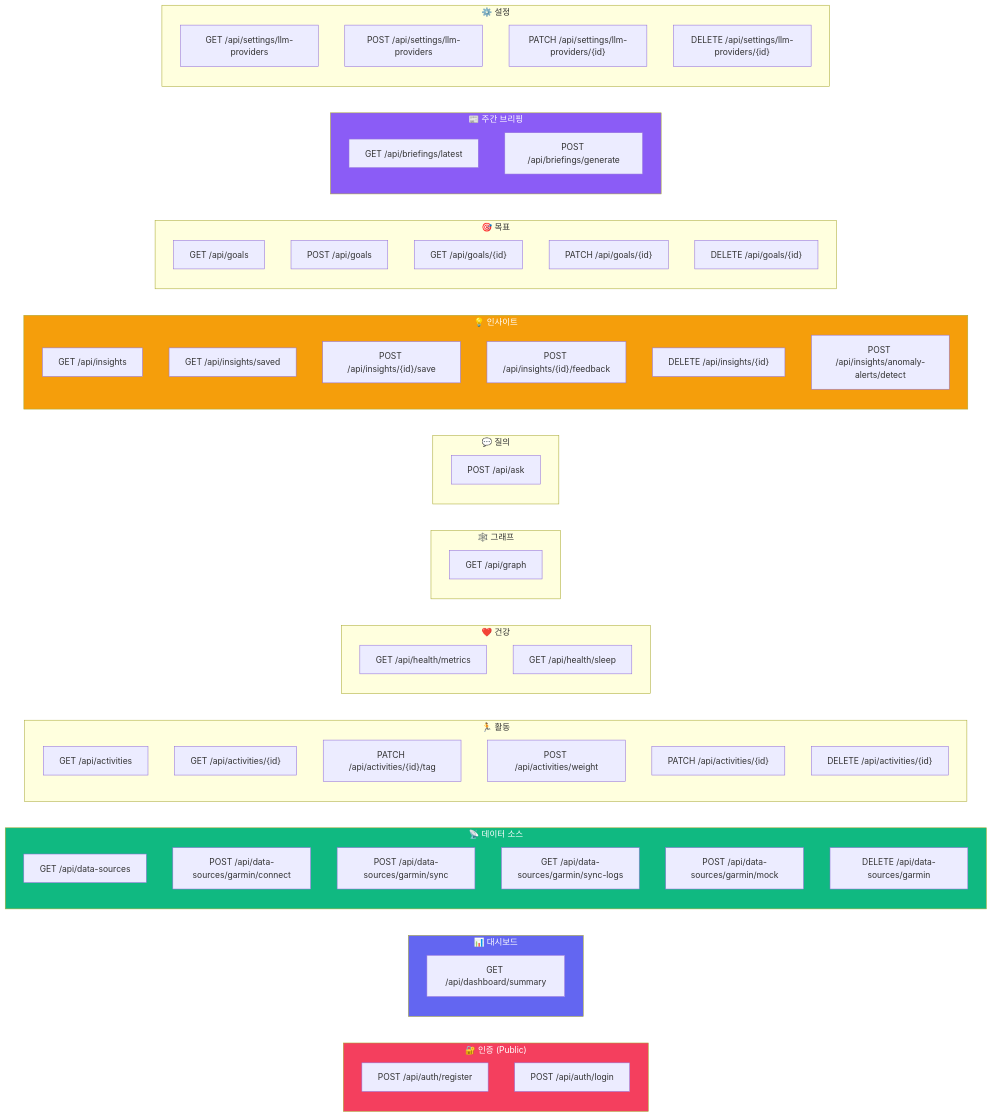
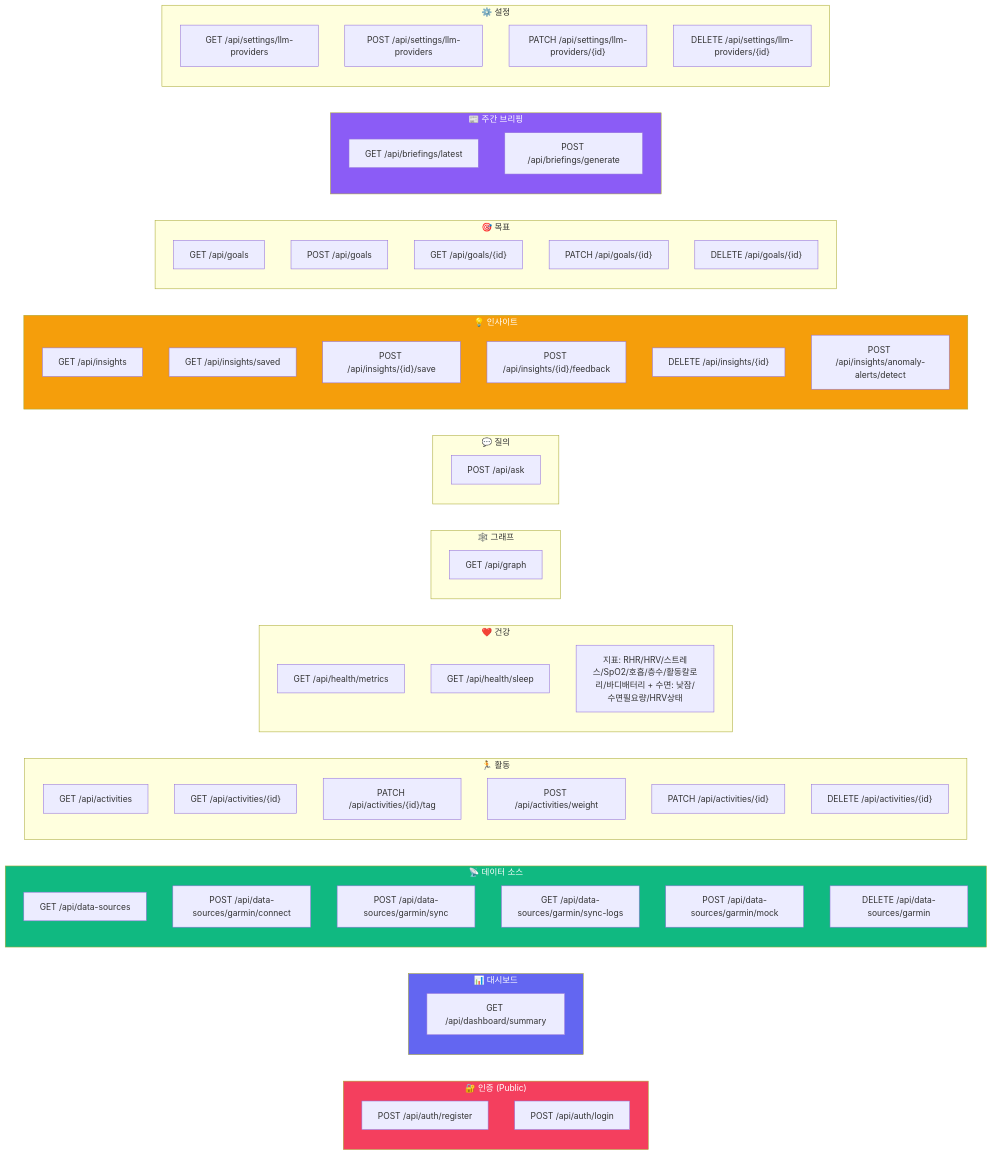
The diagram in docs/api-specification.md (Hsooooo/personal-insight-os), drawn with Mermaid before and after one commit. The commit also changed other lines of this file and 17 other files, not shown here.

````diff
--- a/docs/api-specification.md
+++ b/docs/api-specification.md
@@ -19,77 +19,78 @@
 ```mermaid
 flowchart LR
     subgraph 인증["🔐 인증 (Public)"]
         A1["POST /api/auth/register"]
         A2["POST /api/auth/login"]
     end
 
     subgraph 대시보드["📊 대시보드"]
         B1["GET /api/dashboard/summary"]
     end
 
     subgraph 데이터소스["📡 데이터 소스"]
         C1["GET /api/data-sources"]
         C2["POST /api/data-sources/garmin/connect"]
         C3["POST /api/data-sources/garmin/sync"]
         C4["GET /api/data-sources/garmin/sync-logs"]
         C5["POST /api/data-sources/garmin/mock"]
         C6["DELETE /api/data-sources/garmin"]
     end
 
     subgraph 활동["🏃 활동"]
         D1["GET /api/activities"]
         D2["GET /api/activities/{id}"]
         D3["PATCH /api/activities/{id}/tag"]
         D4["POST /api/activities/weight"]
         D5["PATCH /api/activities/{id}"]
         D6["DELETE /api/activities/{id}"]
     end
 
     subgraph 건강["❤️ 건강"]
         E1["GET /api/health/metrics"]
         E2["GET /api/health/sleep"]
+        E3["지표: RHR/HRV/스트레스/SpO2/호흡/층수/활동칼로리/바디배터리 + 수면: 낮잠/수면필요량/HRV상태"]
     end
 
     subgraph 그래프["🕸️ 그래프"]
         F1["GET /api/graph"]
     end
 
     subgraph 질의["💬 질의"]
         G1["POST /api/ask"]
     end
 
     subgraph 인사이트["💡 인사이트"]
         H1["GET /api/insights"]
         H2["GET /api/insights/saved"]
         H3["POST /api/insights/{id}/save"]
         H4["POST /api/insights/{id}/feedback"]
         H5["DELETE /api/insights/{id}"]
         H6["POST /api/insights/anomaly-alerts/detect"]
     end
 
     subgraph 목표["🎯 목표"]
         I1["GET /api/goals"]
         I2["POST /api/goals"]
         I3["GET /api/goals/{id}"]
         I4["PATCH /api/goals/{id}"]
         I5["DELETE /api/goals/{id}"]
     end
 
     subgraph 브리핑["📰 주간 브리핑"]
         BR1["GET /api/briefings/latest"]
         BR2["POST /api/briefings/generate"]
     end
 
     subgraph 설정["⚙️ 설정"]
         J1["GET /api/settings/llm-providers"]
         J2["POST /api/settings/llm-providers"]
         J3["PATCH /api/settings/llm-providers/{id}"]
         J4["DELETE /api/settings/llm-providers/{id}"]
     end
 
     style 인증 fill:#f43f5e,color:#fff
     style 대시보드 fill:#6366f1,color:#fff
     style 데이터소스 fill:#10b981,color:#fff
     style 인사이트 fill:#f59e0b,color:#fff
     style 브리핑 fill:#8b5cf6,color:#fff
 ```
````
